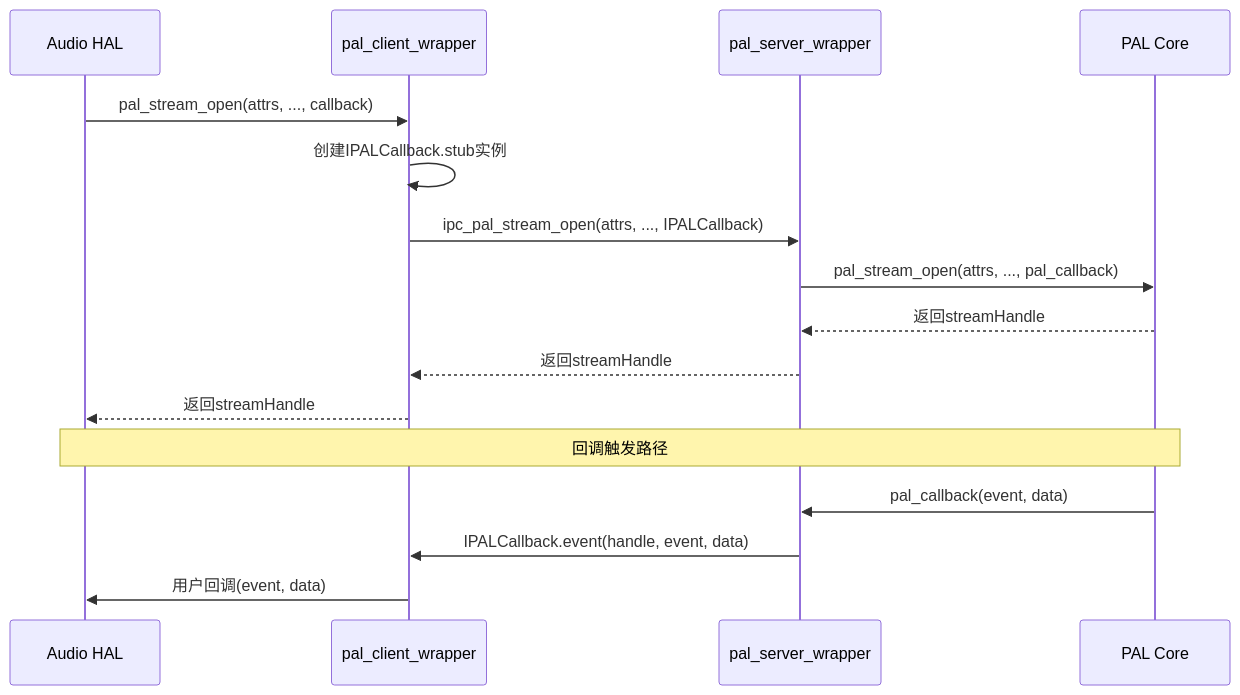
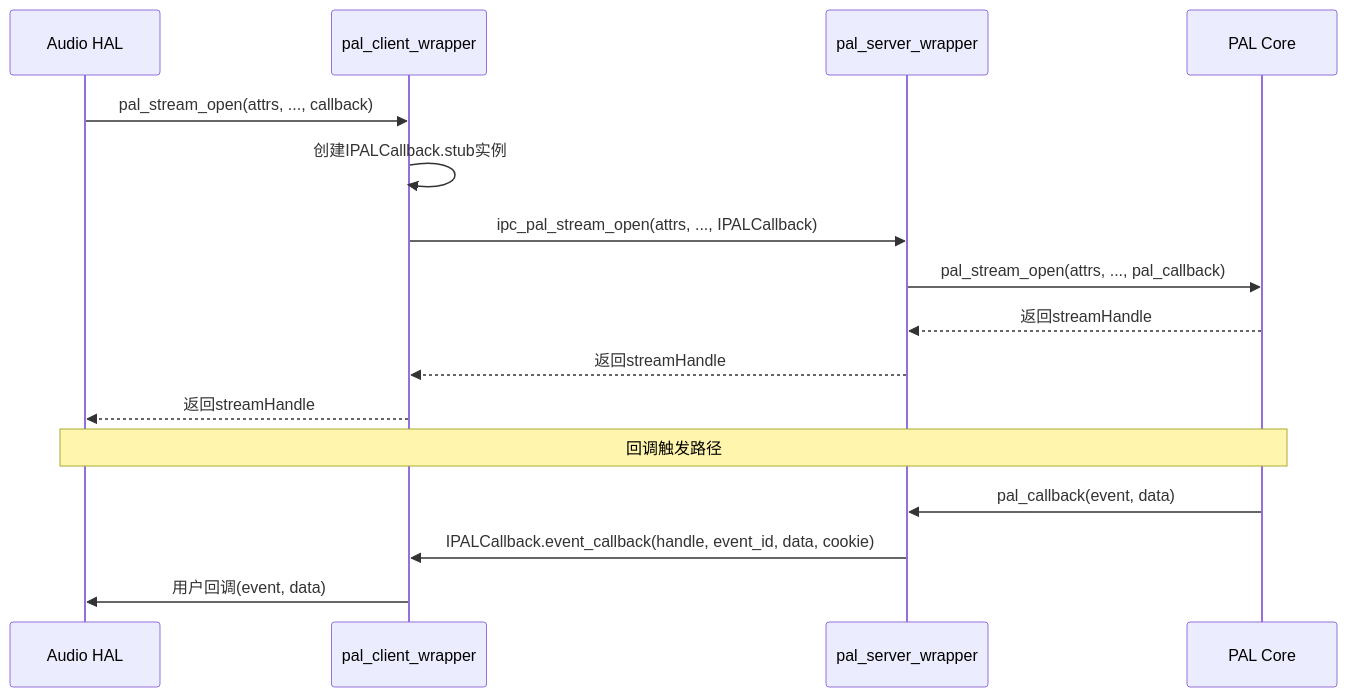
The second of 5 diagrams in 15_PAL_Architecture/15_15.8_HIDL_接口定义.md (yanglinzhen1022/SA8295_AAOS_QNX_Audio_KnowledgeBase), drawn with Mermaid before and after one commit. The commit also changed other lines of this file and 48 other files, not shown here.

````diff
--- a/15_PAL_Architecture/15_15.8_HIDL_接口定义.md
+++ b/15_PAL_Architecture/15_15.8_HIDL_接口定义.md
@@ -120,20 +124,20 @@
 ```mermaid
 sequenceDiagram
     participant HAL as Audio HAL
     participant Client as pal_client_wrapper
     participant Server as pal_server_wrapper
     participant PAL as PAL Core
 
     HAL->>Client: pal_stream_open(attrs, ..., callback)
     Client->>Client: 创建IPALCallback.stub实例
     Client->>Server: ipc_pal_stream_open(attrs, ..., IPALCallback)
     Server->>PAL: pal_stream_open(attrs, ..., pal_callback)
     PAL-->>Server: 返回streamHandle
     Server-->>Client: 返回streamHandle
     Client-->>HAL: 返回streamHandle
 
     Note over PAL,HAL: 回调触发路径
     PAL->>Server: pal_callback(event, data)
-    Server->>Client: IPALCallback.event(handle, event, data)
+    Server->>Client: IPALCallback.event_callback(handle, event_id, data, cookie)
     Client->>HAL: 用户回调(event, data)
 ```
````
